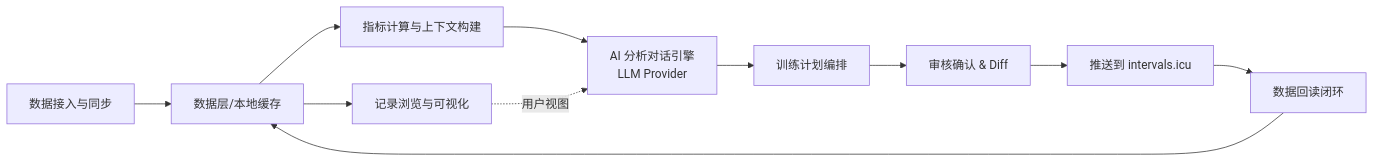
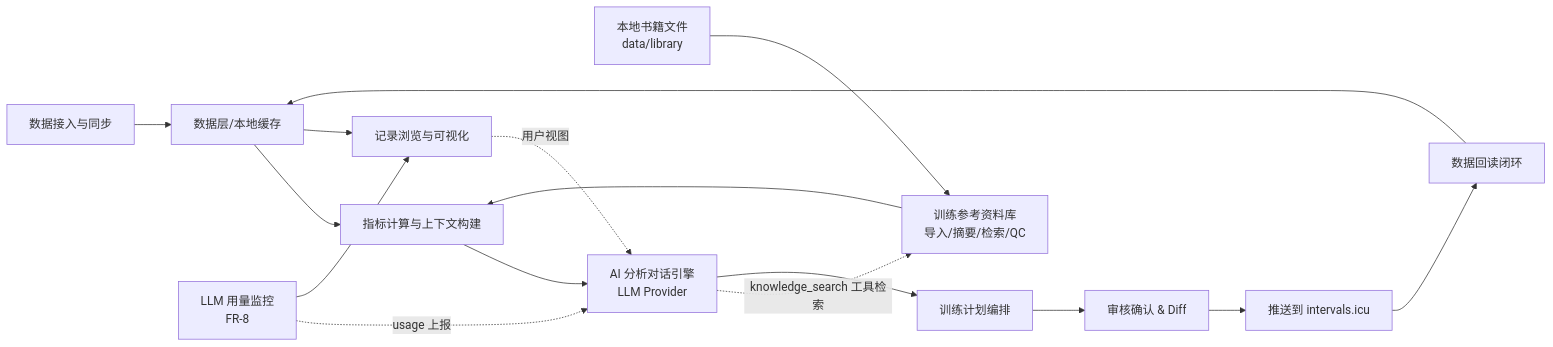
The first of 8 diagrams in 系统设计文档.md (laihongyu-demo/SystematicCyclingTrainingSystem), drawn with Mermaid before and after one commit. The commit also changed other lines of this file, not shown here.

First line of the commit message:
docs: 新增 LLM 用量监控与配置管理模块设计

````diff
--- a/系统设计文档.md
+++ b/系统设计文档.md
@@ -86,13 +88,18 @@
 ```mermaid
 flowchart LR
     A[数据接入与同步] --> B[数据层/本地缓存]
     B --> C[指标计算与上下文构建]
+    K[训练参考资料库<br/>导入/摘要/检索/QC] --> C
+    L[本地书籍文件<br/>data/library] --> K
     C --> D[AI 分析对话引擎<br/>LLM Provider]
+    D -.knowledge_search 工具检索.-> K
+    M[LLM 用量监控<br/>FR-8] -.usage 上报.-> D
     D --> E[训练计划编排]
     E --> F[审核确认 & Diff]
     F --> G[推送到 intervals.icu]
     G --> A2[数据回读闭环]
     A2 --> B
     B --> H[记录浏览与可视化]
+    M --> H
     H -.用户视图.-> D
 ```
````
